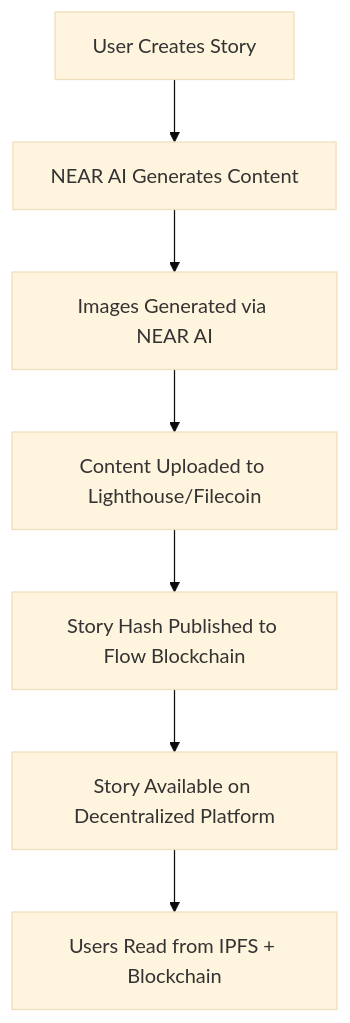
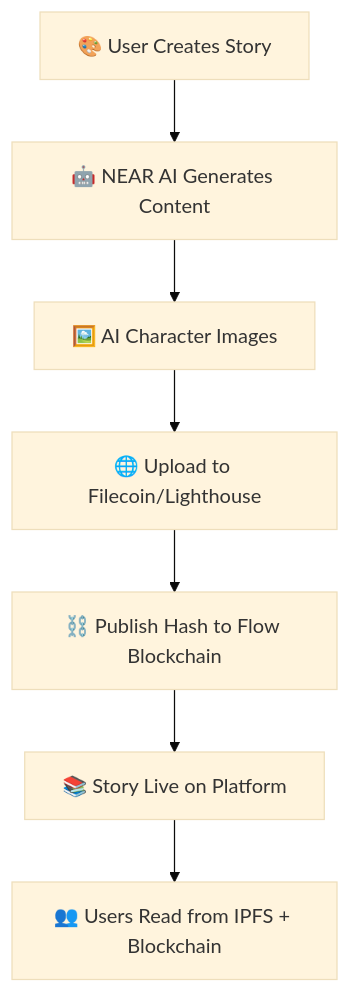
Before and after one commit to ayushete02/anon-reader: the diagram in README.md, drawn with Mermaid (base theme). The commit also changed other lines of this file, not shown here.

Commit message:
feat: Enhance README.md with detailed platform features, integration highlights, and quick start instructions

````diff
--- a/README.md
+++ b/README.md
@@ -177,9 +34,9 @@
 ```mermaid
 graph TD
-    A[User Creates Story] --> B[NEAR AI Generates Content]
-    B --> C[Images Generated via NEAR AI]
-    C --> D[Content Uploaded to Lighthouse/Filecoin]
-    D --> E[Story Hash Published to Flow Blockchain]
-    E --> F[Story Available on Decentralized Platform]
-    F --> G[Users Read from IPFS + Blockchain]
+    A[🎨 User Creates Story] --> B[🤖 NEAR AI Generates Content]
+    B --> C[🖼️ AI Character Images]
+    C --> D[🌐 Upload to Filecoin/Lighthouse]
+    D --> E[⛓️ Publish Hash to Flow Blockchain]
+    E --> F[📚 Story Live on Platform]
+    F --> G[👥 Users Read from IPFS + Blockchain]
 ```
````
